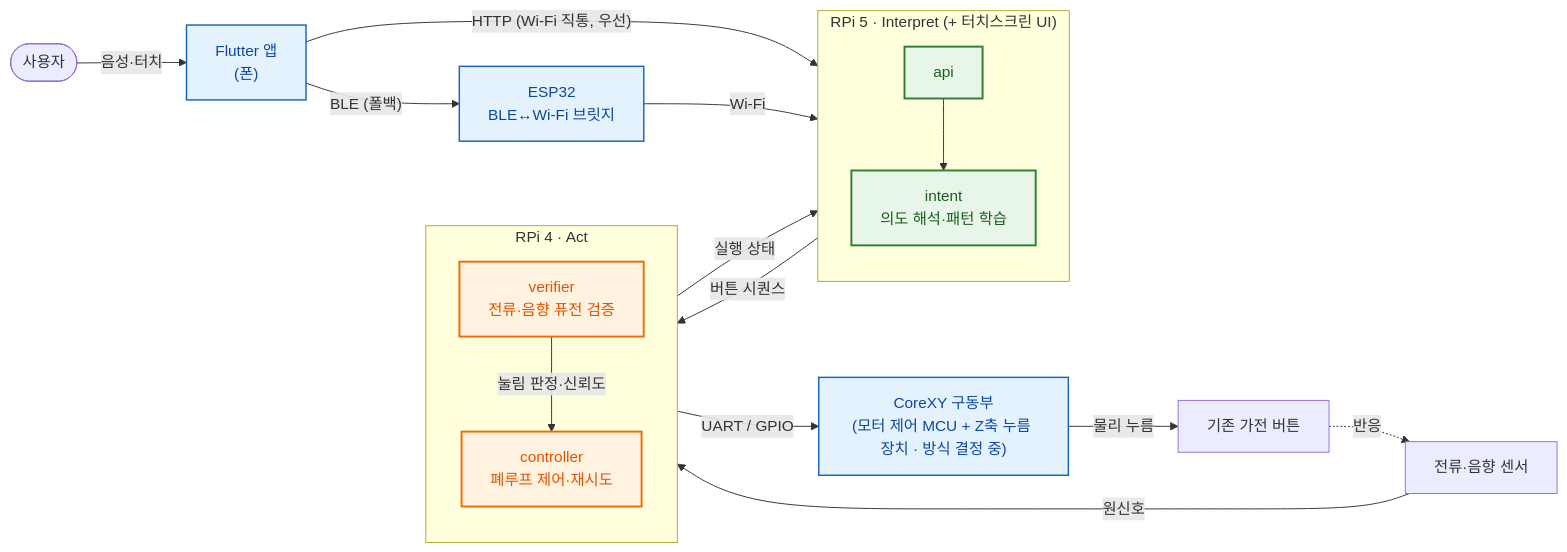
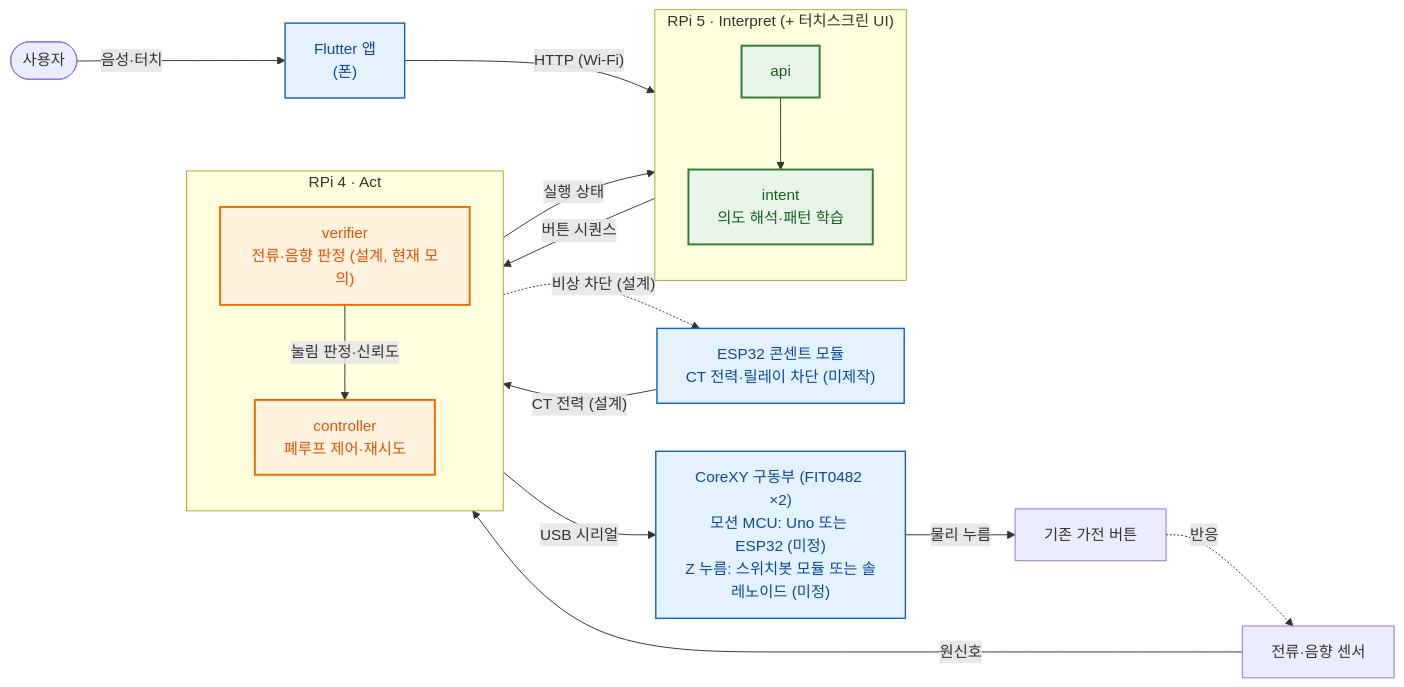
One commit to Seongwonp/Simplelay changed the diagram in README.md. Above: the diagram before and after it, drawn with Mermaid. The commit also changed other lines of this file and 6 other files, not shown here.

Commit message:
docs: 과장 표현 정리 — README 검증 수준 표(10/5)·구조도 현행화, 시연 시나리오·UI 확정·실행계획·증거 대장의 모터 수·비상정지·레이더·예시 이력 정정, CLAUDE.md 검증 수준 줄

````diff
--- a/README.md
+++ b/README.md
@@ -28,43 +42,43 @@
 ```mermaid
 flowchart LR
     user(["사용자"])
     app["Flutter 앱<br/>(폰)"]
-    esp32["ESP32<br/>BLE↔Wi-Fi 브릿지"]
+    outlet["ESP32 콘센트 모듈<br/>CT 전력·릴레이 차단 (미제작)"]
 
     subgraph rpi5["RPi 5 · Interpret (+ 터치스크린 UI)"]
         direction TB
         api["api"]
         intent["intent<br/>의도 해석·패턴 학습"]
         api --> intent
     end
 
     subgraph rpi4["RPi 4 · Act"]
         direction TB
         controller["controller<br/>폐루프 제어·재시도"]
-        verifier["verifier<br/>전류·음향 퓨전 검증"]
+        verifier["verifier<br/>전류·음향 판정 (설계, 현재 모의)"]
         verifier -->|"눌림 판정·신뢰도"| controller
     end
 
-    hw["CoreXY 구동부<br/>(모터 제어 MCU + Z축 누름 장치 · 방식 결정 중)"]
+    hw["CoreXY 구동부 (FIT0482 ×2)<br/>모션 MCU: Uno 또는 ESP32 (미정)<br/>Z 누름: 스위치봇 모듈 또는 솔레노이드 (미정)"]
     sensors["전류·음향 센서"]
     appliance["기존 가전 버튼"]
 
     user -->|"음성·터치"| app
-    app -->|"HTTP (Wi-Fi 직통, 우선)"| api
-    app -->|"BLE (폴백)"| esp32
-    esp32 -->|"Wi-Fi"| api
+    app -->|"HTTP (Wi-Fi)"| api
 
     intent -->|"버튼 시퀀스"| controller
     controller -->|"실행 상태"| intent
-    controller -->|"UART / GPIO"| hw
+    controller -->|"USB 시리얼"| hw
+    outlet -->|"CT 전력 (설계)"| verifier
+    controller -.->|"비상 차단 (설계)"| outlet
     hw -->|"물리 누름"| appliance
     appliance -.->|"반응"| sensors
     sensors -->|"원신호"| verifier
 
     classDef rpi5Layer fill:#e8f5e9,stroke:#2e7d32,stroke-width:2px,color:#1b5e20;
     classDef rpi4Layer fill:#fff3e0,stroke:#ef6c00,stroke-width:2px,color:#e65100;
     classDef bridgeLayer fill:#e3f2fd,stroke:#1565c0,stroke-width:1.5px,color:#0d47a1;
     class api,intent rpi5Layer;
     class controller,verifier rpi4Layer;
-    class app,esp32,hw bridgeLayer;
+    class app,outlet,hw bridgeLayer;
 ```
````
